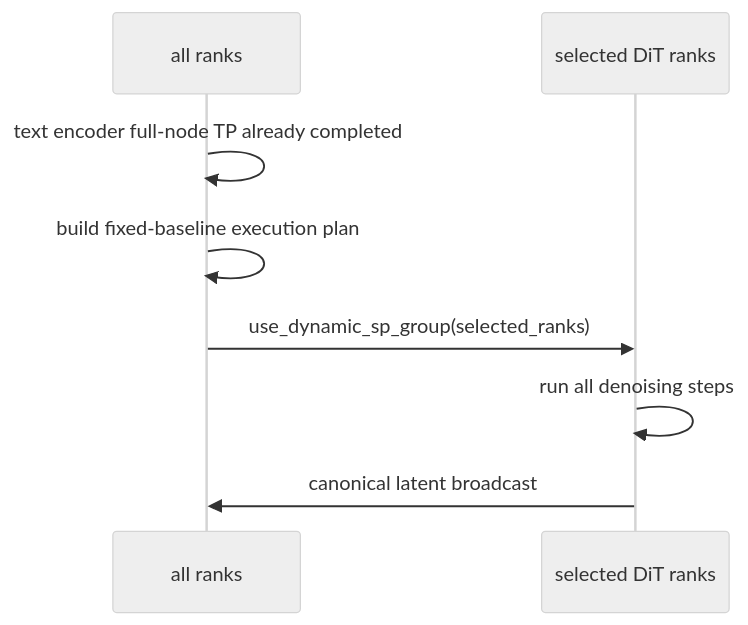
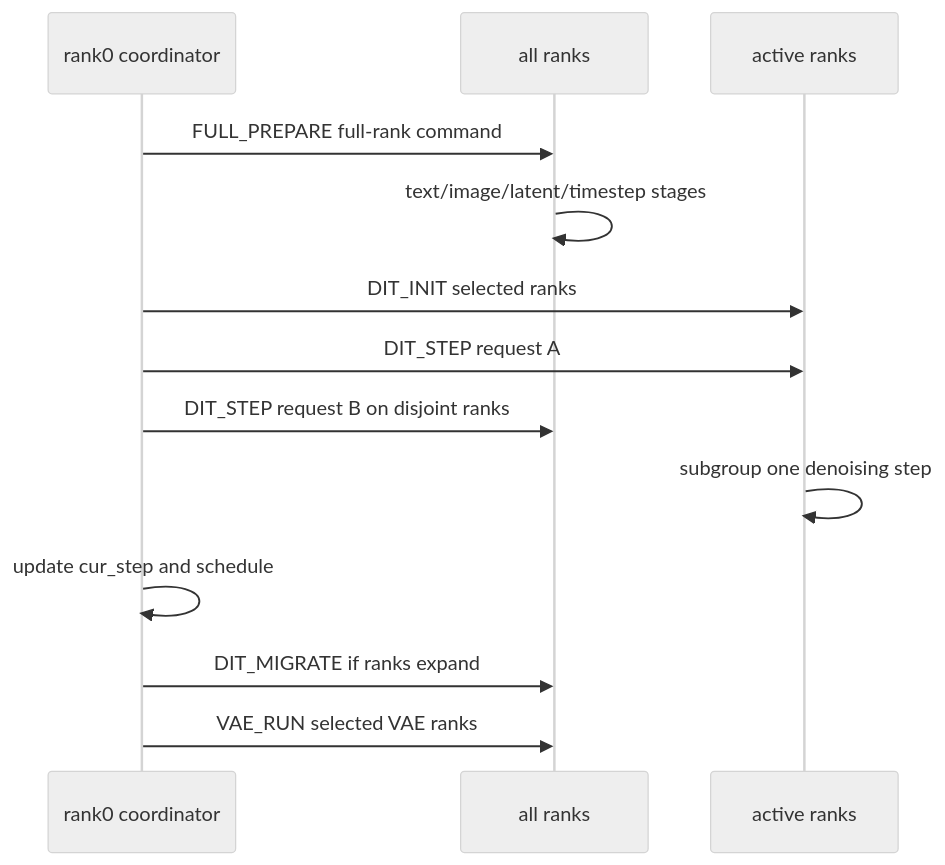
Before and after one commit to FredHuang99/sglang: the third of 4 diagrams in docs/ddit/sglang_ddit_cookbook.md, drawn with Mermaid (neutral theme). The commit also changed other lines of this file and 11 other files, not shown here.

````diff
--- a/docs/ddit/sglang_ddit_cookbook.md
+++ b/docs/ddit/sglang_ddit_cookbook.md
@@ -131,10 +156,15 @@
 ```mermaid
 sequenceDiagram
+  participant C as rank0 coordinator
   participant R as all ranks
-  participant A as selected DiT ranks
-  R->>R: text encoder full-node TP already completed
-  R->>R: build fixed-baseline execution plan
-  R->>A: use_dynamic_sp_group(selected_ranks)
-  A->>A: run all denoising steps
-  A->>R: canonical latent broadcast
+  participant A as active ranks
+  C->>R: FULL_PREPARE full-rank command
+  R->>R: text/image/latent/timestep stages
+  C->>A: DIT_INIT selected ranks
+  C->>A: DIT_STEP request A
+  C->>R: DIT_STEP request B on disjoint ranks
+  A->>A: subgroup one denoising step
+  C->>C: update cur_step and schedule
+  C->>R: DIT_MIGRATE if ranks expand
+  C->>R: VAE_RUN selected VAE ranks
 ```
````
